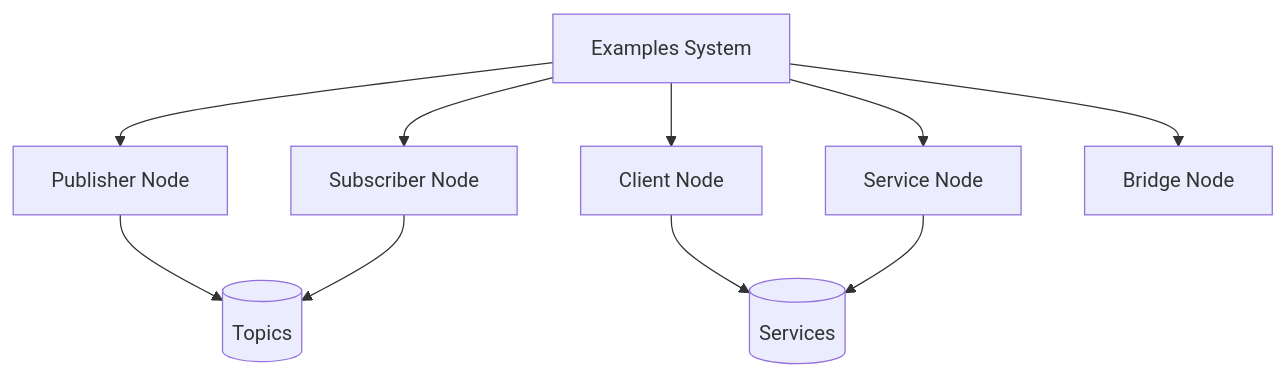
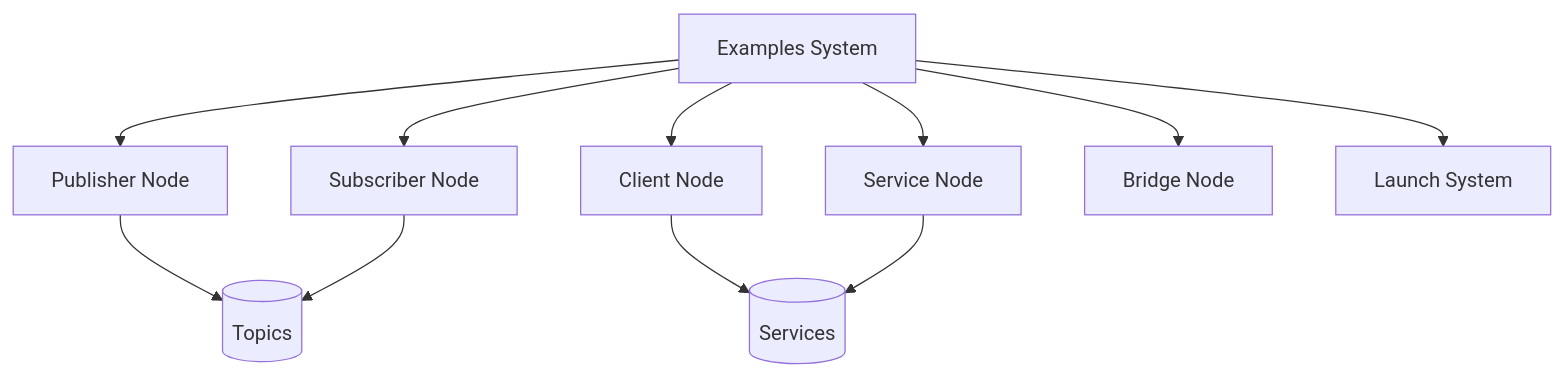
Before and after one commit to yhbcode000/python-ros-engine: the first of 3 diagrams in docs/examples.md, drawn with Mermaid. The commit also changed other lines of this file and 30 other files, not shown here.

Commit message:
Implement launch system functionality with CLI support

```diff
--- a/docs/examples.md
+++ b/docs/examples.md
@@ -9,12 +9,13 @@
 <pre class="mermaid">
 graph TD
     A[Examples System] --> B[Publisher Node]
     A --> C[Subscriber Node]
     A --> D[Service Node]
     A --> E[Client Node]
     A --> F[Bridge Node]
-    B --> G[(Topics)]
-    C --> G
-    E --> H[(Services)]
-    D --> H
+    A --> G[Launch System]
+    B --> H[(Topics)]
+    C --> H
+    E --> I[(Services)]
+    D --> I
 </pre>
```
